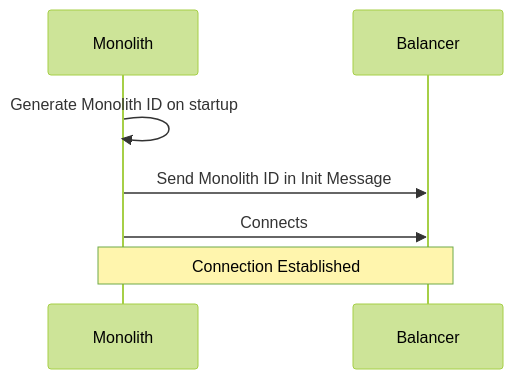
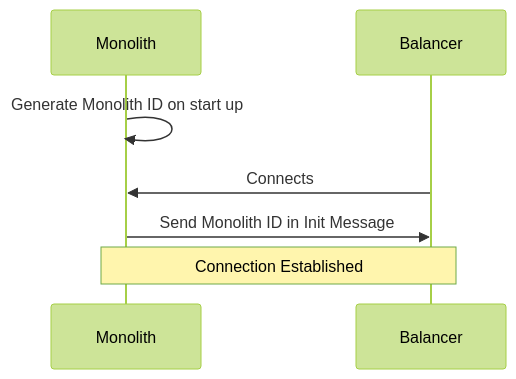
One commit to dyc3/senior-design changed the diagram in figures/monolith-id-sequence.mmd. Above: the diagram before and after it, drawn with Mermaid (forest theme). The commit also changed 1 other file, not shown here.

```diff
--- a/figures/monolith-id-sequence.mmd
+++ b/figures/monolith-id-sequence.mmd
@@ -1,8 +1,8 @@
 sequenceDiagram
     participant Monolith
     participant Balancer
 
-    Monolith->>Monolith: Generate Monolith ID on startup
+    Monolith->>Monolith: Generate Monolith ID on start  up
+    Balancer->>Monolith: Connects
     Monolith->>Balancer: Send Monolith ID in Init Message
-    Monolith->>Balancer: Connects
     Note over Monolith,Balancer: Connection Established
```
